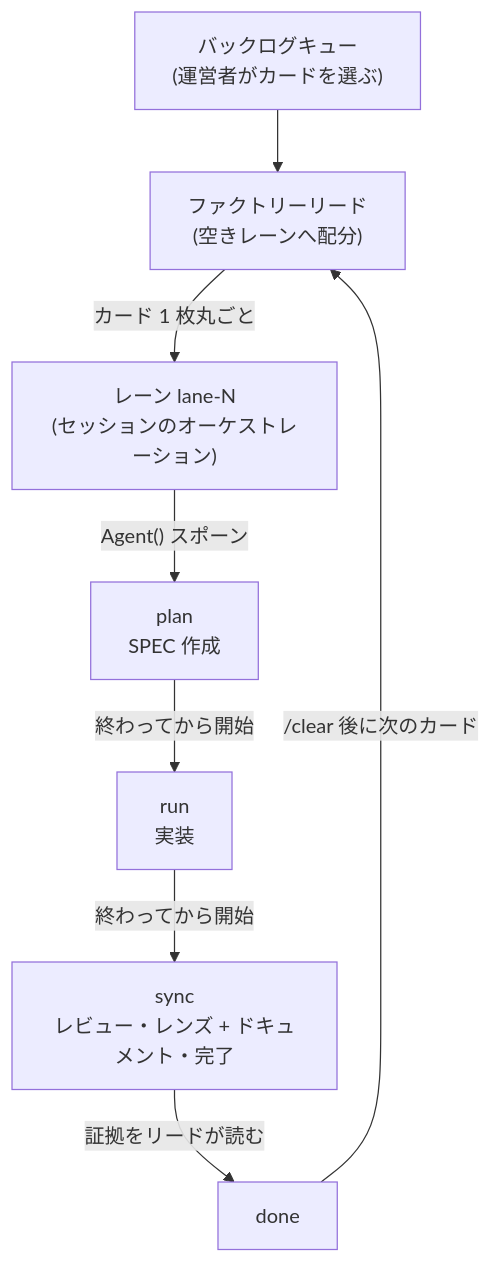
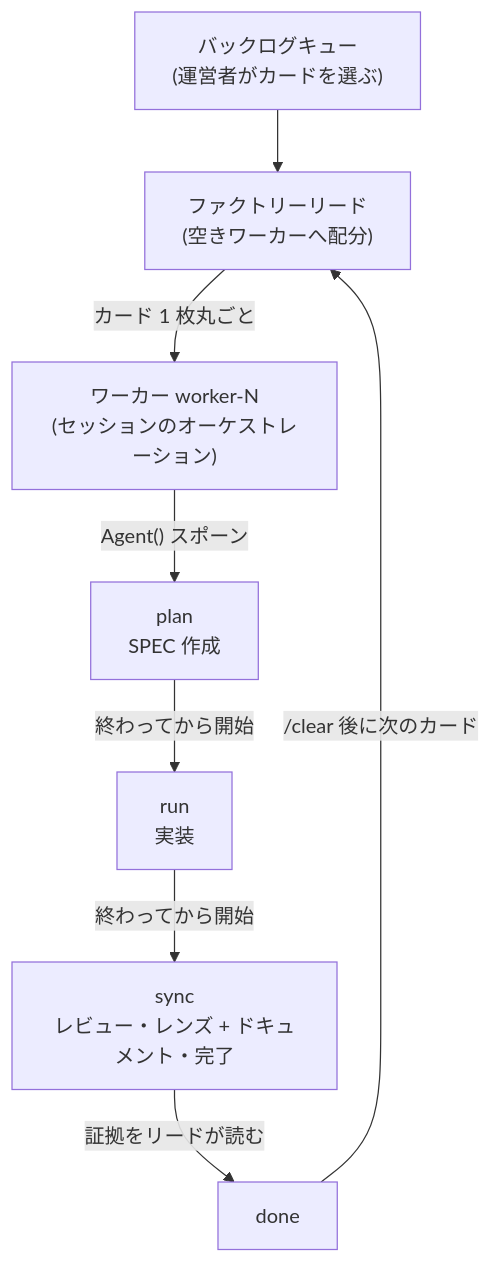
The diagram in docs-site/content/ja/advanced/factory-mode.md (modu-ai/moai-adk), drawn with Mermaid before and after one commit. The commit also changed other lines of this file and 23 other files, not shown here.

````diff
--- a/docs-site/content/ja/advanced/factory-mode.md
+++ b/docs-site/content/ja/advanced/factory-mode.md
@@ -63,10 +70,10 @@
 ```mermaid
 flowchart TD
-    Queue["バックログキュー<br/>(運営者がカードを選ぶ)"] --> Lead["ファクトリーリード<br/>(空きレーンへ配分)"]
-    Lead -->|"カード 1 枚丸ごと"| Lane["レーン lane-N<br/>(セッションのオーケストレーション)"]
-    Lane -->|"Agent() スポーン"| Plan["plan<br/>SPEC 作成"]
+    Queue["バックログキュー<br/>(運営者がカードを選ぶ)"] --> Lead["ファクトリーリード<br/>(空きワーカーへ配分)"]
+    Lead -->|"カード 1 枚丸ごと"| Worker["ワーカー worker-N<br/>(セッションのオーケストレーション)"]
+    Worker -->|"Agent() スポーン"| Plan["plan<br/>SPEC 作成"]
     Plan -->|"終わってから開始"| Run["run<br/>実装"]
     Run -->|"終わってから開始"| Sync["sync<br/>レビュー・レンズ + ドキュメント・完了"]
     Sync -->|"証拠をリードが読む"| Done["done"]
     Done -->|"/clear 後に次のカード"| Lead
 ```
````
